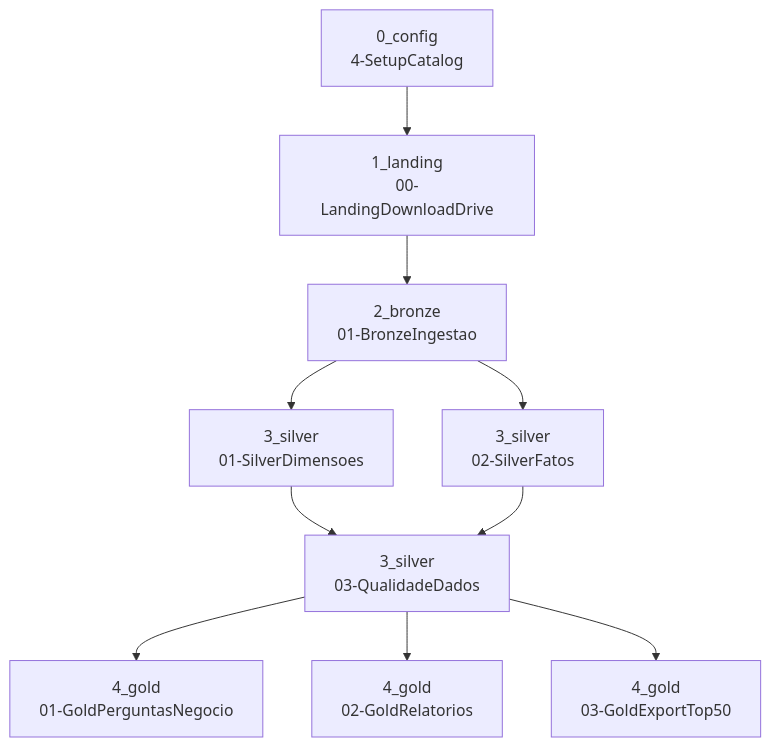
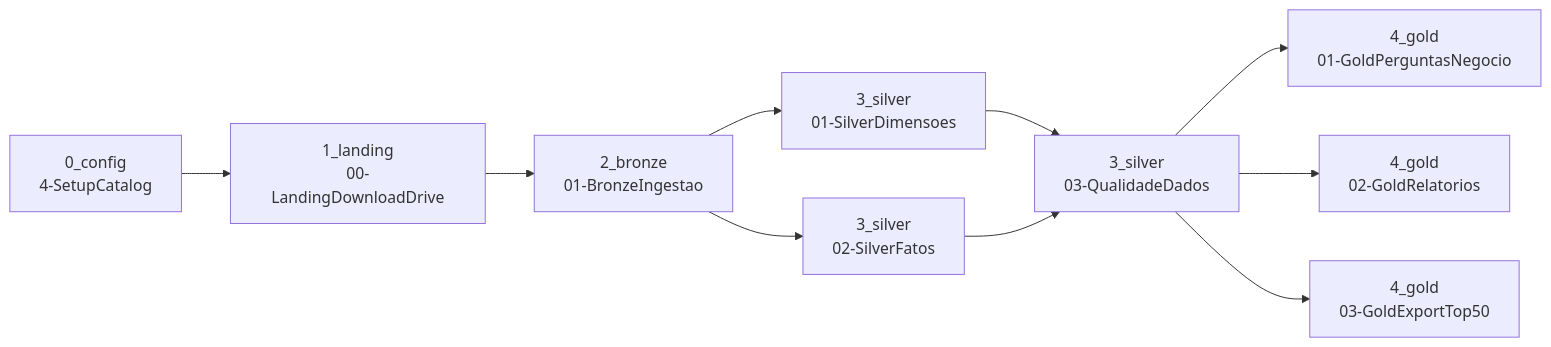
The second of 2 diagrams in README.md (techronnan/case_tire_and_wheel_shop_data_engineering_2026), drawn with Mermaid before and after one commit. The commit also changed other lines of this file, not shown here.

Commit message:
docs: trocar diagramas mermaid pra LR (setas retas em vez de curvadas)

````diff
--- a/README.md
+++ b/README.md
@@ -32,12 +32,12 @@
 ```mermaid
-flowchart TD
+flowchart LR
     Setup[0_config<br/>4-SetupCatalog] --> Landing[1_landing<br/>00-LandingDownloadDrive]
     Landing --> Bronze[2_bronze<br/>01-BronzeIngestao]
     Bronze --> SilverDim[3_silver<br/>01-SilverDimensoes]
     Bronze --> SilverFat[3_silver<br/>02-SilverFatos]
     SilverDim --> Qualidade[3_silver<br/>03-QualidadeDados]
     SilverFat --> Qualidade
     Qualidade --> GoldPerguntas[4_gold<br/>01-GoldPerguntasNegocio]
     Qualidade --> GoldRelatorios[4_gold<br/>02-GoldRelatorios]
     Qualidade --> GoldExport[4_gold<br/>03-GoldExportTop50]
 ```
````
